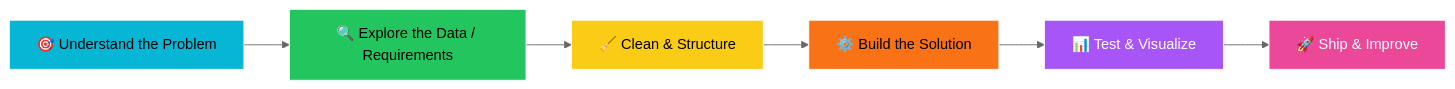
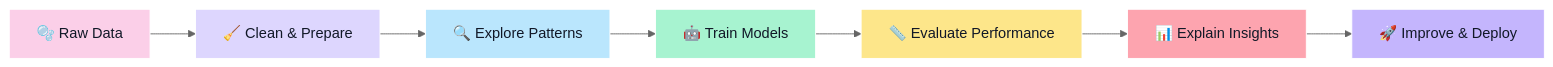
The diagram in README.md (Rene12-3/Rene12-3), drawn with Mermaid (neutral theme) before and after one commit. The commit also changed other lines of this file, not shown here.

````diff
--- a/README.md
+++ b/README.md
@@ -46,15 +51,17 @@
 ```mermaid
 flowchart LR
-    A["🎯 Understand the Problem"] --> B["🔍 Explore the Data / Requirements"]
-    B --> C["🧹 Clean & Structure"]
-    C --> D["⚙️ Build the Solution"]
-    D --> E["📊 Test & Visualize"]
-    E --> F["🚀 Ship & Improve"]
+    A["🫧 Raw Data"] --> B["🧹 Clean & Prepare"]
+    B --> C["🔍 Explore Patterns"]
+    C --> D["🤖 Train Models"]
+    D --> E["📏 Evaluate Performance"]
+    E --> F["📊 Explain Insights"]
+    F --> G["🚀 Improve & Deploy"]
 
-    style A fill:#06B6D4,color:#000,stroke:#fff
-    style B fill:#22C55E,color:#000,stroke:#fff
-    style C fill:#FACC15,color:#000,stroke:#fff
-    style D fill:#F97316,color:#000,stroke:#fff
-    style E fill:#A855F7,color:#fff,stroke:#fff
-    style F fill:#EC4899,color:#fff,stroke:#fff
+    style A fill:#FBCFE8,color:#111827,stroke:#ffffff
+    style B fill:#DDD6FE,color:#111827,stroke:#ffffff
+    style C fill:#BAE6FD,color:#111827,stroke:#ffffff
+    style D fill:#A7F3D0,color:#111827,stroke:#ffffff
+    style E fill:#FDE68A,color:#111827,stroke:#ffffff
+    style F fill:#FDA4AF,color:#111827,stroke:#ffffff
+    style G fill:#C4B5FD,color:#111827,stroke:#ffffff
 ```
````
